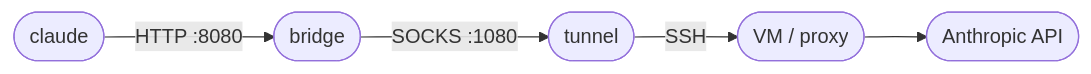
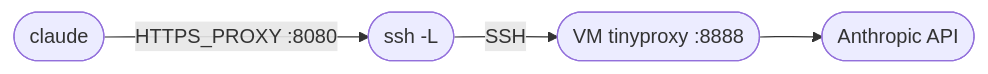
The diagram in README.md (crayonluffy/claude-guide), drawn with Mermaid before and after one commit. The commit also changed other lines of this file and 4 other files, not shown here.

````diff
--- a/README.md
+++ b/README.md
@@ -7,7 +7,6 @@
 ```mermaid
 flowchart LR
-    claude([claude]) -->|HTTP :8080| bridge([bridge])
-    bridge -->|SOCKS :1080| tunnel([tunnel])
-    tunnel -->|SSH| vm([VM / proxy])
+    claude([claude]) -->|HTTPS_PROXY :8080| tunnel([ssh -L])
+    tunnel -->|SSH| vm([VM tinyproxy :8888])
     vm --> api([Anthropic API])
 ```
````
